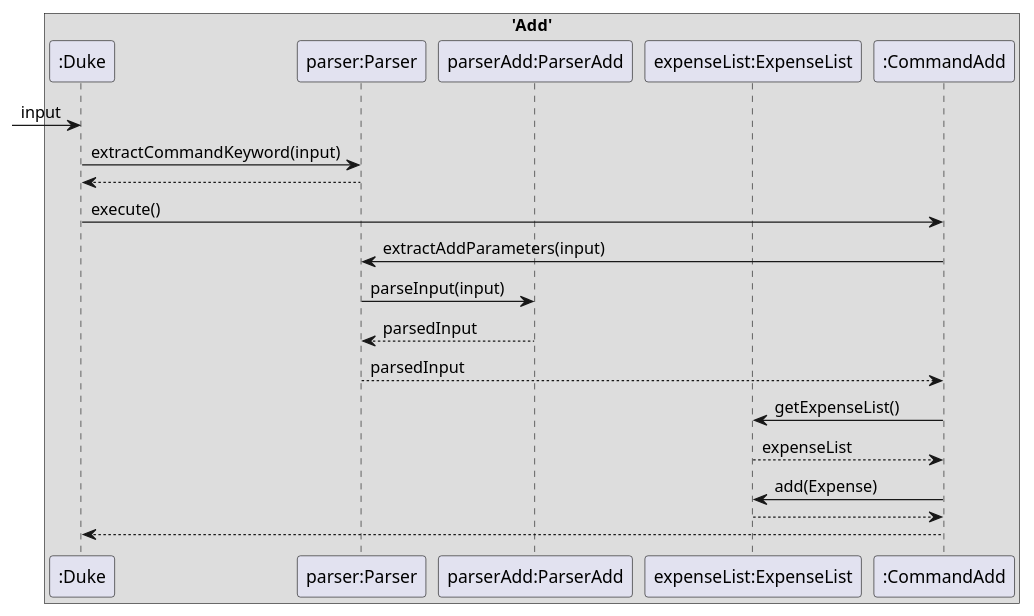
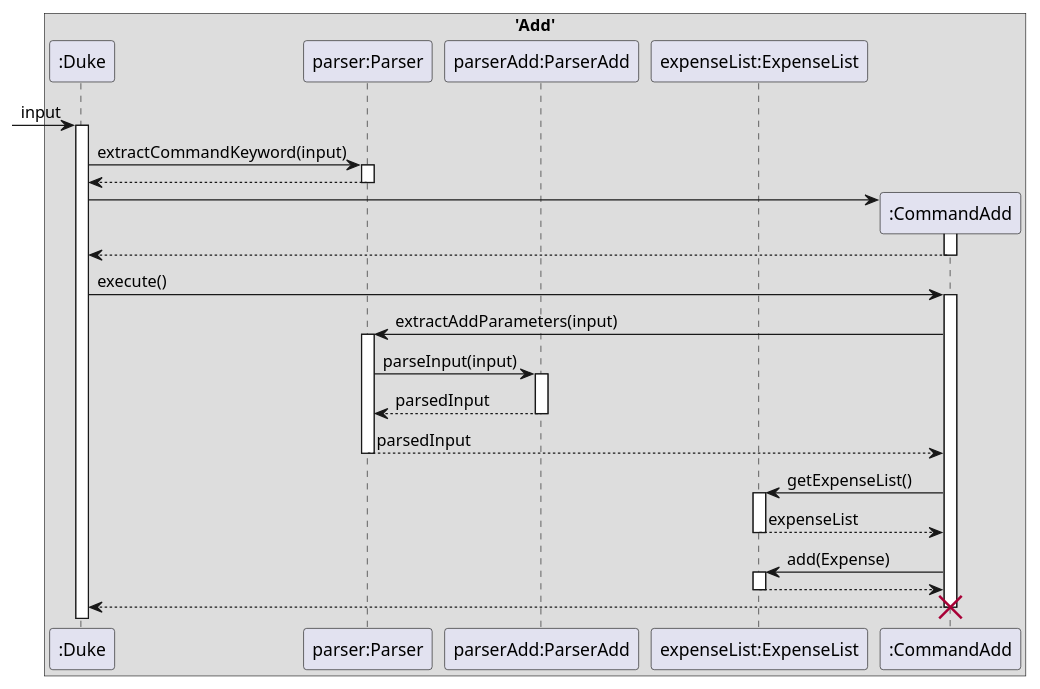
Before and after one commit to nus-cs2113-AY2223S2/tp: the diagram in docs/diagrams/AddFeature.puml, drawn with PlantUML. The commit also changed 2 other files, not shown here.

Commit message:
Add more JUnit tests for CommandAdd

```diff
--- a/docs/diagrams/AddFeature.puml
+++ b/docs/diagrams/AddFeature.puml
@@ -1,23 +1,41 @@
 @startuml
 'https://plantuml.com/sequence-diagram
 
 box 'Add'
 participant ":Duke" as Duke
 participant "parser:Parser" as Parser
 participant "parserAdd:ParserAdd" as ParserAdd
 participant "expenseList:ExpenseList" as ExpenseList
 participant ":CommandAdd" as CommandAdd
  -> Duke: input
+Activate Duke
 Duke -> Parser: extractCommandKeyword(input)
+Activate Parser
 Parser --> Duke
+Deactivate Parser
+Duke -> CommandAdd**:
+Activate CommandAdd
+CommandAdd --> Duke
+Deactivate CommandAdd
 Duke -> CommandAdd: execute()
+Activate CommandAdd
 CommandAdd -> Parser: extractAddParameters(input)
+Activate Parser
 Parser -> ParserAdd: parseInput(input)
+Activate ParserAdd
 ParserAdd --> Parser: parsedInput
+Deactivate ParserAdd
 Parser --> CommandAdd: parsedInput
+Deactivate Parser
 CommandAdd -> ExpenseList: getExpenseList()
+Activate ExpenseList
 ExpenseList --> CommandAdd: expenseList
+Deactivate ExpenseList
 CommandAdd -> ExpenseList: add(Expense)
+Activate ExpenseList
 ExpenseList --> CommandAdd
+Deactivate ExpenseList
 CommandAdd --> Duke
+Deactivate CommandAdd
+Destroy CommandAdd
 @enduml
```
